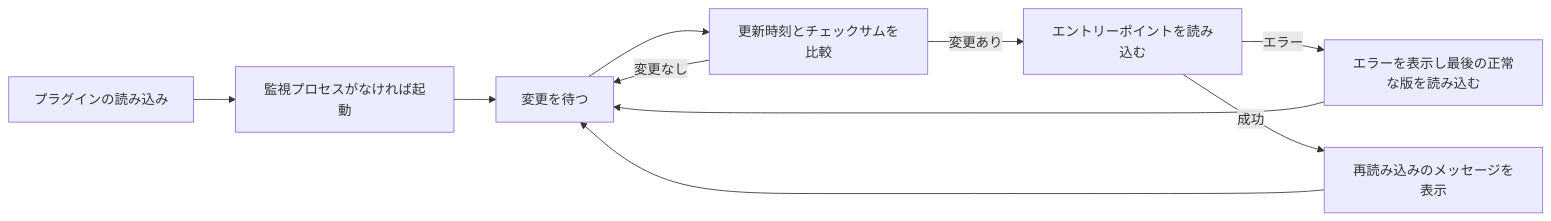
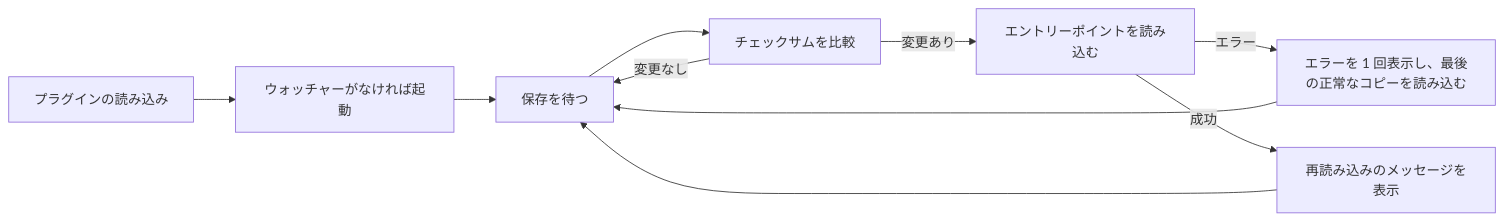
One commit to tmux-revamped/tmux-autoreload-revamped changed the diagram in README.ja.md. Above: the diagram before and after it, drawn with Mermaid. The commit also changed other lines of this file and 152 other files, not shown here.

````diff
--- a/README.ja.md
+++ b/README.ja.md
@@ -154,12 +115,12 @@
 ```mermaid
 graph LR
-    Load[プラグインの読み込み] --> Ensure[監視プロセスがなければ起動]
-    Ensure --> Wait[変更を待つ]
-    Wait --> Diff[更新時刻とチェックサムを比較]
+    Load[プラグインの読み込み] --> Ensure[ウォッチャーがなければ起動]
+    Ensure --> Wait[保存を待つ]
+    Wait --> Diff[チェックサムを比較]
     Diff -->|変更なし| Wait
     Diff -->|変更あり| Source[エントリーポイントを読み込む]
-    Source -->|エラー| Rollback[エラーを表示し最後の正常な版を読み込む]
+    Source -->|エラー| Rollback[エラーを 1 回表示し、最後の正常なコピーを読み込む]
     Source -->|成功| Announce[再読み込みのメッセージを表示]
     Rollback --> Wait
     Announce --> Wait
 ```
````
